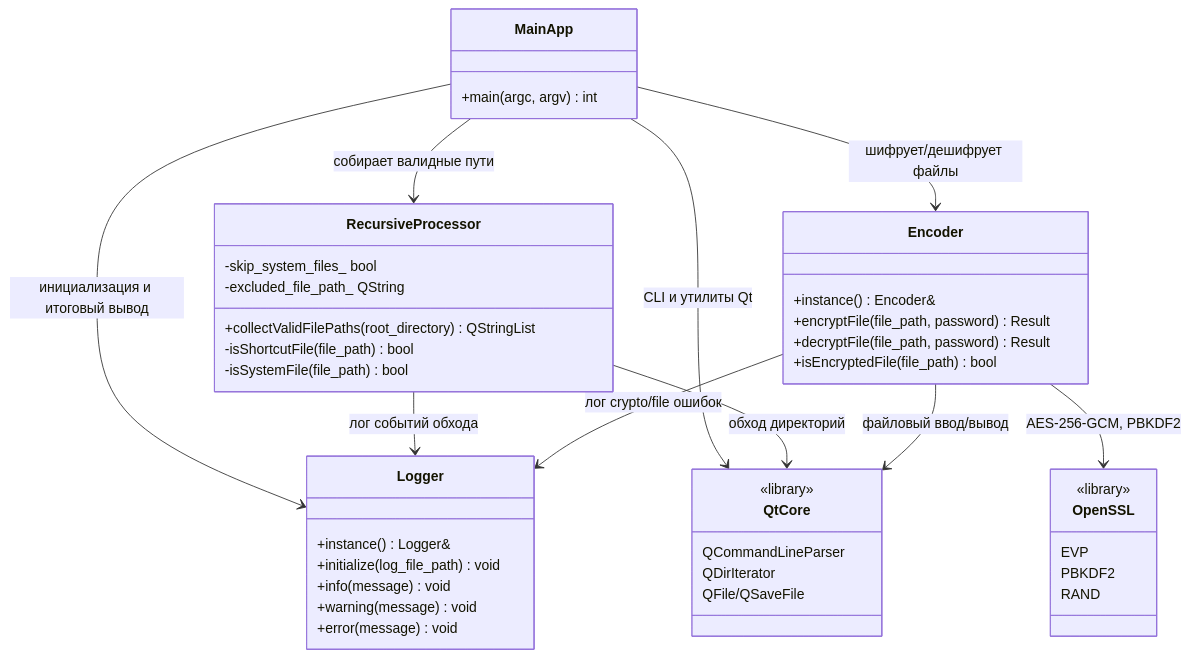
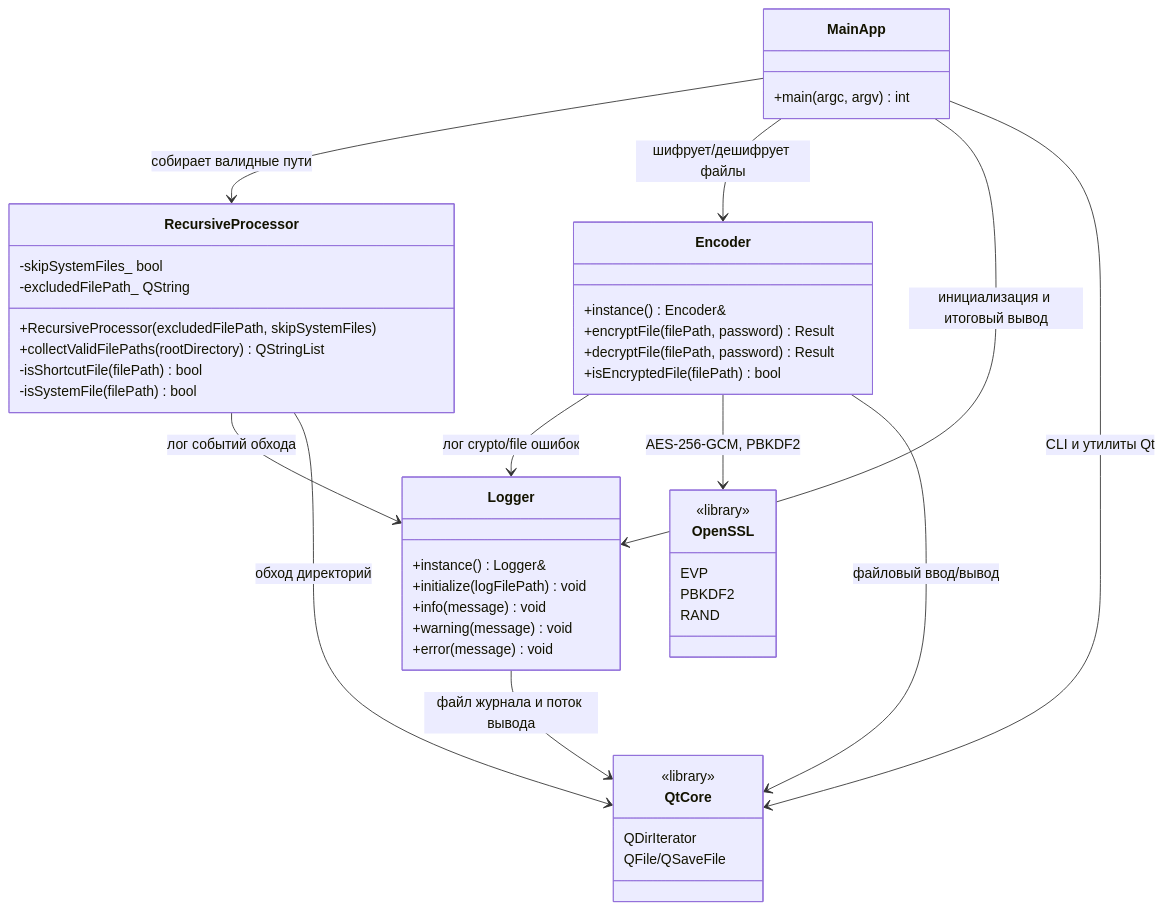
One commit to Walrus54/lab1RSZI changed the diagram in README.md. Above: the diagram before and after it, drawn with Mermaid. The commit also changed 1 other file, not shown here.

Commit message:
Refactor: drop QCommandLineParser for manual CLI parsing
Remove --help/--version handling and sync UML diagram with code.

````diff
--- a/README.md
+++ b/README.md
@@ -28,53 +28,54 @@
 ```mermaid
 classDiagram
     class MainApp {
       +main(argc, argv) int
     }
 
     class RecursiveProcessor {
-      -skip_system_files_ bool
-      -excluded_file_path_ QString
-      +collectValidFilePaths(root_directory) QStringList
-      -isShortcutFile(file_path) bool
-      -isSystemFile(file_path) bool
+      -skipSystemFiles_ bool
+      -excludedFilePath_ QString
+      +RecursiveProcessor(excludedFilePath, skipSystemFiles)
+      +collectValidFilePaths(rootDirectory) QStringList
+      -isShortcutFile(filePath) bool
+      -isSystemFile(filePath) bool
     }
 
     class Encoder {
       +instance() Encoder&
-      +encryptFile(file_path, password) Result
-      +decryptFile(file_path, password) Result
-      +isEncryptedFile(file_path) bool
+      +encryptFile(filePath, password) Result
+      +decryptFile(filePath, password) Result
+      +isEncryptedFile(filePath) bool
     }
 
     class Logger {
       +instance() Logger&
-      +initialize(log_file_path) void
+      +initialize(logFilePath) void
       +info(message) void
       +warning(message) void
       +error(message) void
     }
 
     class OpenSSL {
       <<library>>
       EVP
       PBKDF2
       RAND
     }
 
     class QtCore {
       <<library>>
-      QCommandLineParser
       QDirIterator
       QFile/QSaveFile
     }
 
     MainApp --> RecursiveProcessor : собирает валидные пути
     MainApp --> Encoder : шифрует/дешифрует файлы
     MainApp --> Logger : инициализация и итоговый вывод
     RecursiveProcessor --> Logger : лог событий обхода
     Encoder --> Logger : лог crypto/file ошибок
     Encoder --> OpenSSL : AES-256-GCM, PBKDF2
     MainApp --> QtCore : CLI и утилиты Qt
     RecursiveProcessor --> QtCore : обход директорий
     Encoder --> QtCore : файловый ввод/вывод
+    Logger --> QtCore : файл журнала и поток вывода
 ```
````
